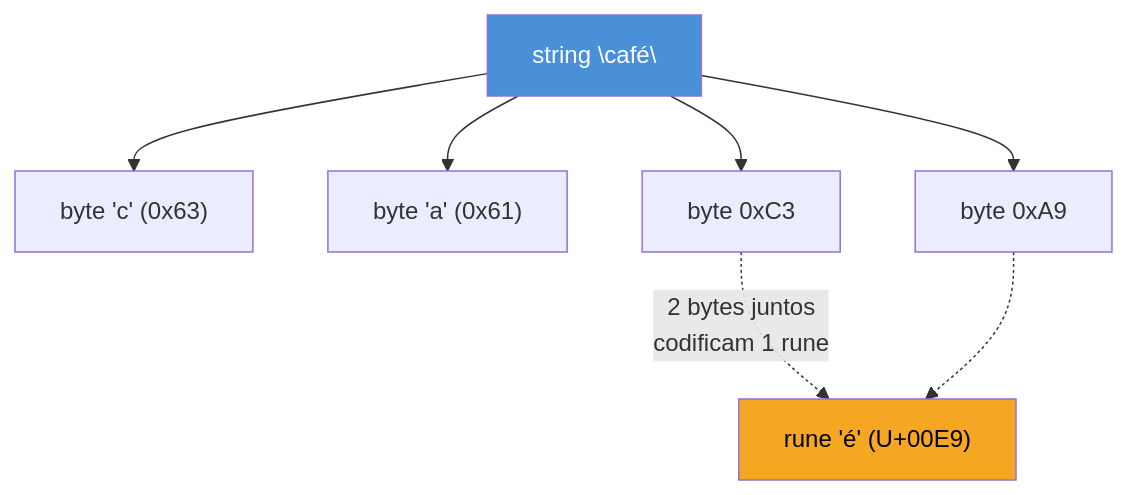
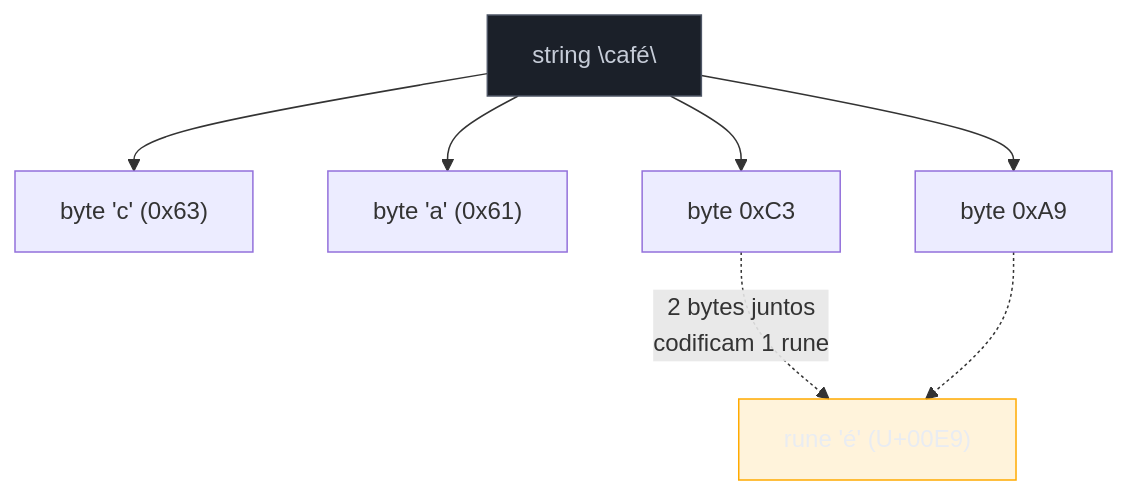
Before and after one commit to josenaldo/codex-technomanticus: the first of 3 diagrams in 03-Dominios/Tecnologia/Go/05 - Coleções e dados/04 - Strings, runes e bytes.md, drawn with Mermaid. The commit also changed other lines of this file and 1181 other files, not shown here.

First line of the commit message:
fix(diagramas): paleta do sistema no lugar de cor cravada no markdown

````diff
--- a/03-Dominios/Tecnologia/Go/05 - Coleções e dados/04 - Strings, runes e bytes.md
+++ b/03-Dominios/Tecnologia/Go/05 - Coleções e dados/04 - Strings, runes e bytes.md
@@ -46,13 +46,15 @@
 ```mermaid
 flowchart TB
+    classDef neutro fill:#1B2029,stroke:#4E5666,color:#C6CCD8
+    classDef destaque fill:#FFAA0024,stroke:#FFAA00,color:#E9ECF2
     S["string \"café\""] --> B0["byte 'c' (0x63)"]
     S --> B1["byte 'a' (0x61)"]
     S --> B2["byte 0xC3"]
     S --> B3["byte 0xA9"]
 
     B2 -.->|"2 bytes juntos\ncodificam 1 rune"| RUNE["rune 'é' (U+00E9)"]
     B3 -.-> RUNE
 
-    style S fill:#4A90D9,color:#fff
-    style RUNE fill:#F5A623,color:#000
+    class S neutro
+    class RUNE destaque
 ```
````
